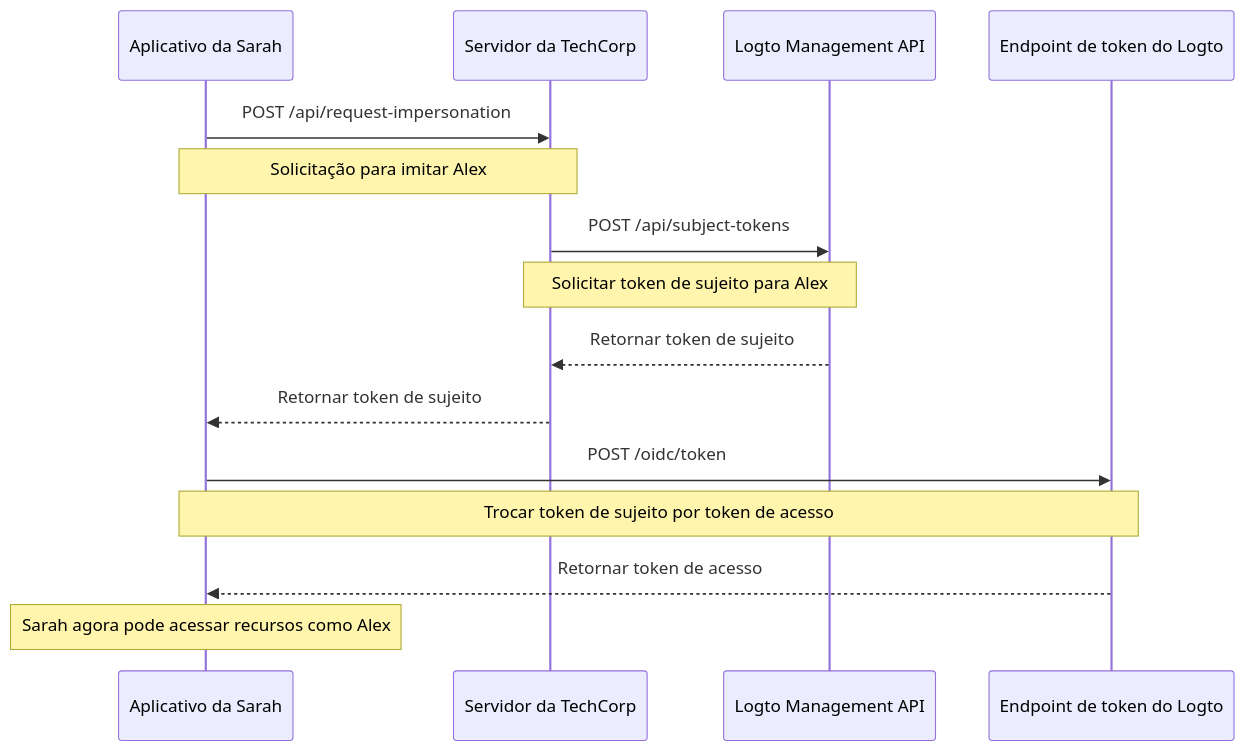
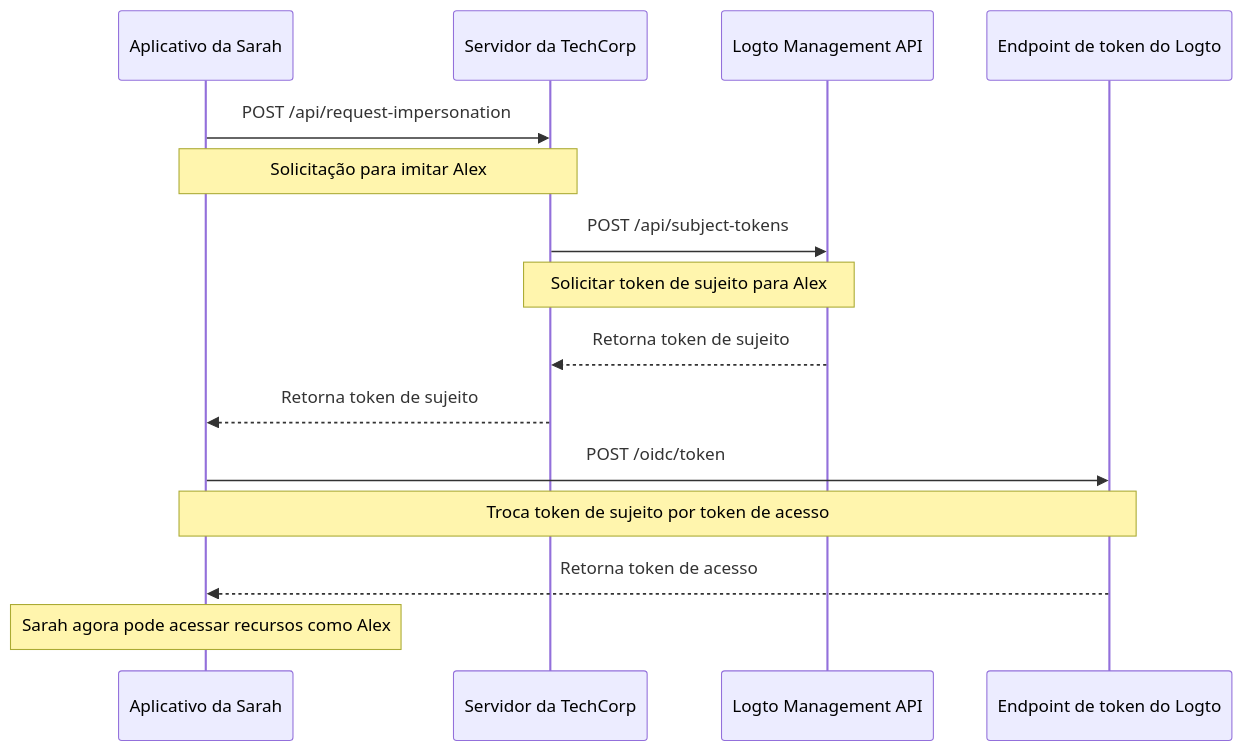
One commit to logto-io/docs changed the diagram in i18n/pt-BR/docusaurus-plugin-content-docs/current/developers/user-impersonation.mdx. Above: the diagram before and after it, drawn with Mermaid. The commit also changed other lines of this file and 233 other files, not shown here.

````diff
--- a/i18n/pt-BR/docusaurus-plugin-content-docs/current/developers/user-impersonation.mdx
+++ b/i18n/pt-BR/docusaurus-plugin-content-docs/current/developers/user-impersonation.mdx
@@ -16,22 +16,22 @@
 ```mermaid
 sequenceDiagram
     participant Sarah as Aplicativo da Sarah
     participant TechCorp as Servidor da TechCorp
     participant Logto as Logto Management API
     participant LogtoToken as Endpoint de token do Logto
 
     Sarah->>TechCorp: POST /api/request-impersonation
     Note over Sarah,TechCorp: Solicitação para imitar Alex
 
     TechCorp->>Logto: POST /api/subject-tokens
     Note over TechCorp,Logto: Solicitar token de sujeito para Alex
 
-    Logto-->>TechCorp: Retornar token de sujeito
-    TechCorp-->>Sarah: Retornar token de sujeito
+    Logto-->>TechCorp: Retorna token de sujeito
+    TechCorp-->>Sarah: Retorna token de sujeito
 
     Sarah->>LogtoToken: POST /oidc/token
-    Note over Sarah,LogtoToken: Trocar token de sujeito por token de acesso
+    Note over Sarah,LogtoToken: Troca token de sujeito por token de acesso
 
-    LogtoToken-->>Sarah: Retornar token de acesso
+    LogtoToken-->>Sarah: Retorna token de acesso
     Note over Sarah: Sarah agora pode acessar recursos como Alex
 ```
````
